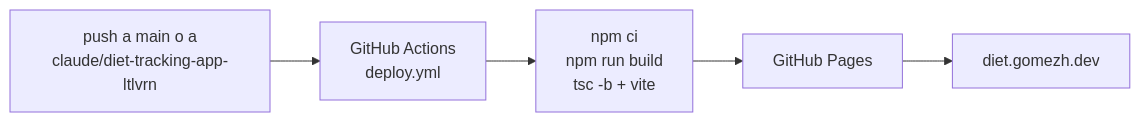
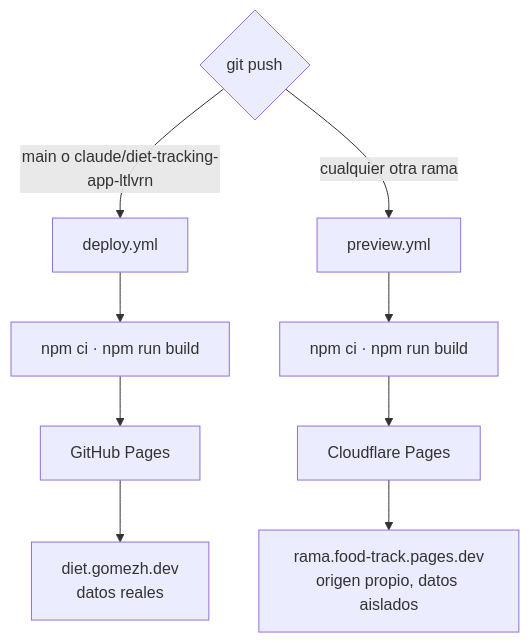
One commit to gomezhyuuga/food-track changed the seventh of 7 diagrams in docs/arquitectura.md. Above: the diagram before and after it, drawn with Mermaid. The commit also changed other lines of this file and 6 other files, not shown here.

First line of the commit message:
Add per-branch preview deployments on Cloudflare Pages

````diff
--- a/docs/arquitectura.md
+++ b/docs/arquitectura.md
@@ -247,7 +247,14 @@
 ```mermaid
-flowchart LR
-    push["push a main o a<br/>claude/diet-tracking-app-ltlvrn"] --> gha["GitHub Actions<br/>deploy.yml"]
-    gha --> build["npm ci<br/>npm run build<br/>tsc -b + vite"]
-    build --> pages["GitHub Pages"]
-    pages --> live["diet.gomezh.dev"]
+flowchart TD
+    push{"git push"}
+    push -->|"main o claude/diet-tracking-app-ltlvrn"| gha["deploy.yml"]
+    push -->|"cualquier otra rama"| pv["preview.yml"]
+
+    gha --> b1["npm ci · npm run build"]
+    b1 --> pages["GitHub Pages"]
+    pages --> live["diet.gomezh.dev<br/>datos reales"]
+
+    pv --> b2["npm ci · npm run build"]
+    b2 --> cf["Cloudflare Pages"]
+    cf --> prev["rama.food-track.pages.dev<br/>origen propio, datos aislados"]
 ```
````
